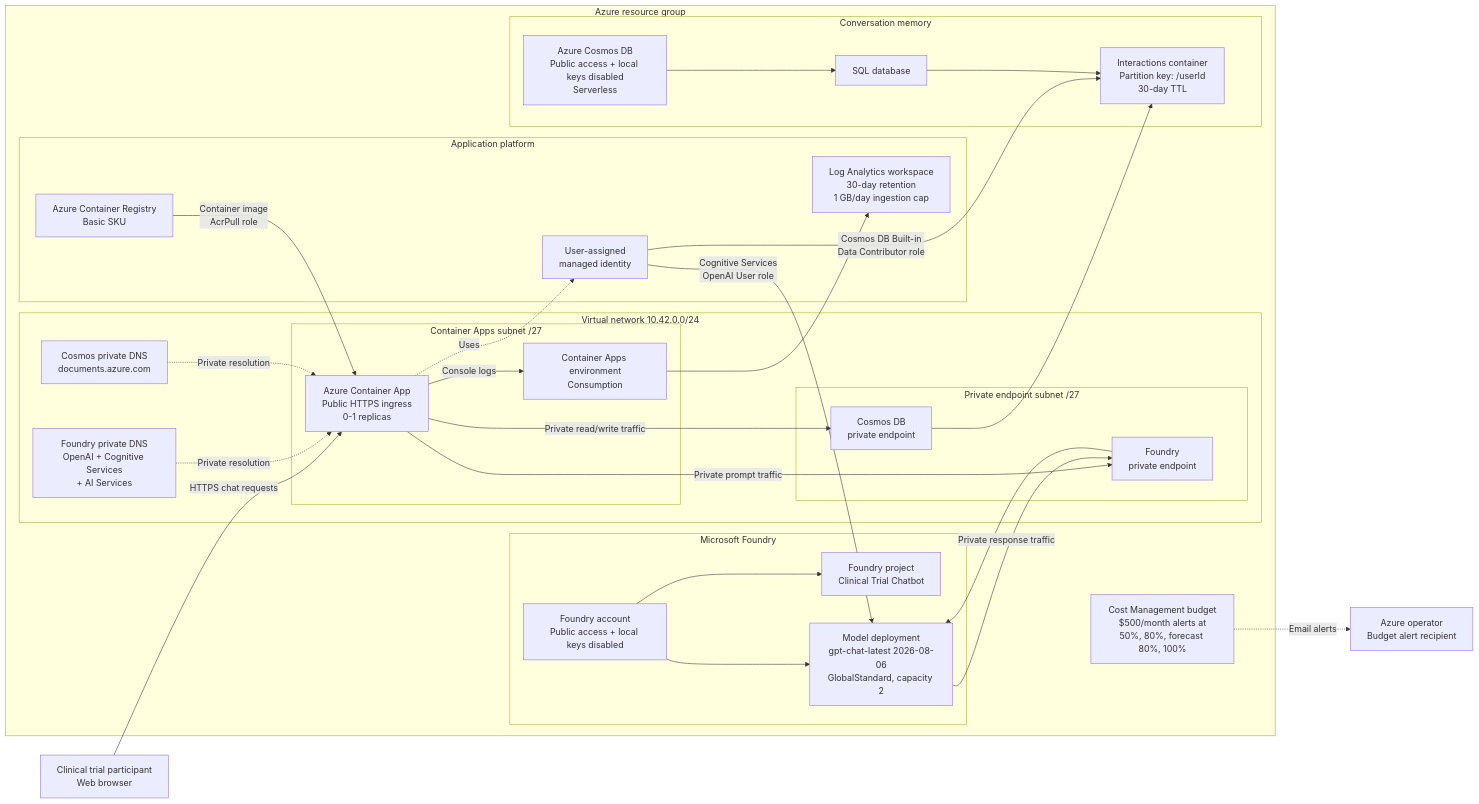
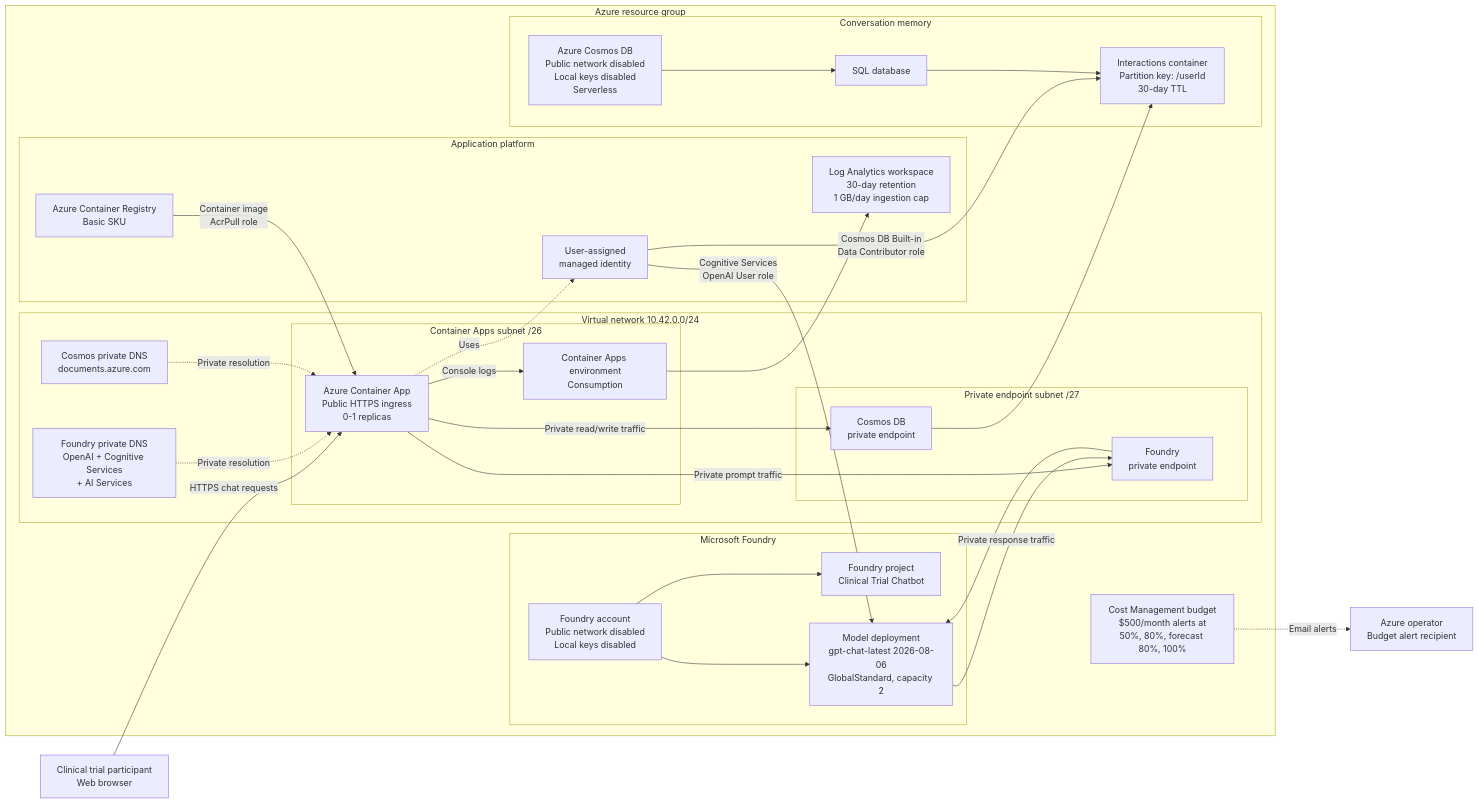
The diagram in README.md (mariehalloran/foundry-health-models-example), drawn with Mermaid before and after one commit. The commit also changed other lines of this file and 1 other file, not shown here.

````diff
--- a/README.md
+++ b/README.md
@@ -31,58 +31,58 @@
 ```mermaid
 flowchart LR
     user["Clinical trial participant<br/>Web browser"]
     operator["Azure operator<br/>Budget alert recipient"]
 
     subgraph rg["Azure resource group"]
         budget["Cost Management budget<br/>$500/month alerts at<br/>50%, 80%, forecast 80%, 100%"]
 
         subgraph appPlatform["Application platform"]
             acr["Azure Container Registry<br/>Basic SKU"]
             identity["User-assigned<br/>managed identity"]
             logs["Log Analytics workspace<br/>30-day retention<br/>1 GB/day ingestion cap"]
         end
 
         subgraph vnet["Virtual network 10.42.0.0/24"]
-            subgraph acaSubnet["Container Apps subnet /27"]
+            subgraph acaSubnet["Container Apps subnet /26"]
                 env["Container Apps environment<br/>Consumption"]
                 app["Azure Container App<br/>Public HTTPS ingress<br/>0-1 replicas"]
             end
 
             subgraph privateSubnet["Private endpoint subnet /27"]
                 foundryPe["Foundry<br/>private endpoint"]
                 cosmosPe["Cosmos DB<br/>private endpoint"]
             end
 
             foundryDns["Foundry private DNS<br/>OpenAI + Cognitive Services<br/>+ AI Services"]
             cosmosDns["Cosmos private DNS<br/>documents.azure.com"]
         end
 
         subgraph ai["Microsoft Foundry"]
-            account["Foundry account<br/>Public access + local keys disabled"]
+            account["Foundry account<br/>Public network disabled<br/>Local keys disabled"]
             project["Foundry project<br/>Clinical Trial Chatbot"]
             model["Model deployment<br/>gpt-chat-latest 2026-08-06<br/>GlobalStandard, capacity 2"]
         end
 
         subgraph memory["Conversation memory"]
-            cosmos["Azure Cosmos DB<br/>Public access + local keys disabled<br/>Serverless"]
+            cosmos["Azure Cosmos DB<br/>Public network disabled<br/>Local keys disabled<br/>Serverless"]
             database["SQL database"]
             interactions["Interactions container<br/>Partition key: /userId<br/>30-day TTL"]
         end
     end
 
     user -->|"HTTPS chat requests"| app
     acr -->|"Container image<br/>AcrPull role"| app
     app -.->|"Uses"| identity
     identity -->|"Cognitive Services<br/>OpenAI User role"| model
     identity -->|"Cosmos DB Built-in<br/>Data Contributor role"| interactions
     app -->|"Private prompt traffic"| foundryPe --> model
     model -->|"Private response traffic"| foundryPe
     app -->|"Private read/write traffic"| cosmosPe --> interactions
     foundryDns -.->|"Private resolution"| app
     cosmosDns -.->|"Private resolution"| app
     account --> project
     account --> model
     cosmos --> database --> interactions
     app -->|"Console logs"| env --> logs
     budget -.->|"Email alerts"| operator
 ```
````
